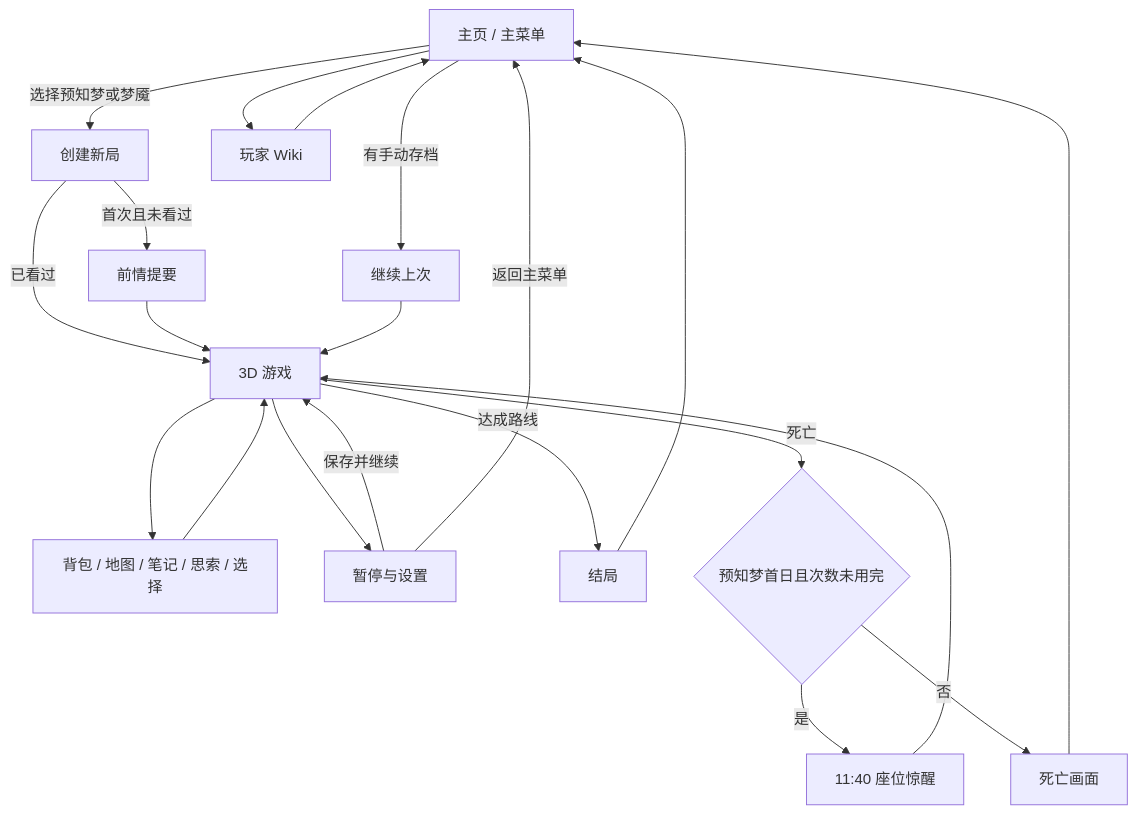
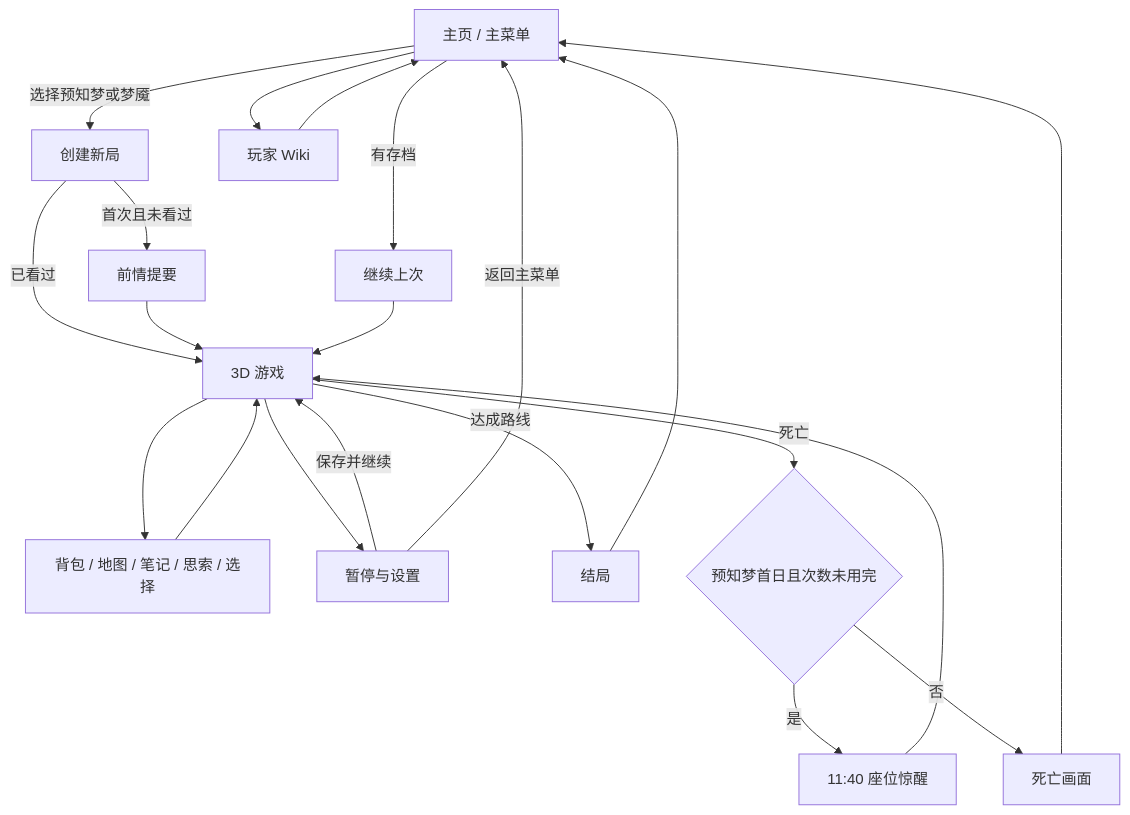
One commit to chorusfruit-233/wdfz changed the diagram in docs/产品对齐文档.md. Above: the diagram before and after it, drawn with Mermaid. The commit also changed other lines of this file and 10 other files, not shown here.

````diff
--- a/docs/产品对齐文档.md
+++ b/docs/产品对齐文档.md
@@ -155,23 +155,23 @@
 ```mermaid
 flowchart TD
     A[主页 / 主菜单] -->|选择预知梦或梦魇| B[创建新局]
     B -->|首次且未看过| C[前情提要]
     B -->|已看过| D[3D 游戏]
     C --> D
-    A -->|有手动存档| E[继续上次]
+    A -->|有存档| E[继续上次]
     E --> D
     D --> F[背包 / 地图 / 笔记 / 思索 / 选择]
     F --> D
     D --> G[暂停与设置]
     G -->|保存并继续| D
     G -->|返回主菜单| A
     D -->|达成路线| H[结局]
     D -->|死亡| I{预知梦首日且次数未用完}
     I -->|是| J[11:40 座位惊醒]
     J --> D
     I -->|否| K[死亡画面]
     H --> A
     K --> A
     A --> L[玩家 Wiki]
     L --> A
 ```
````
